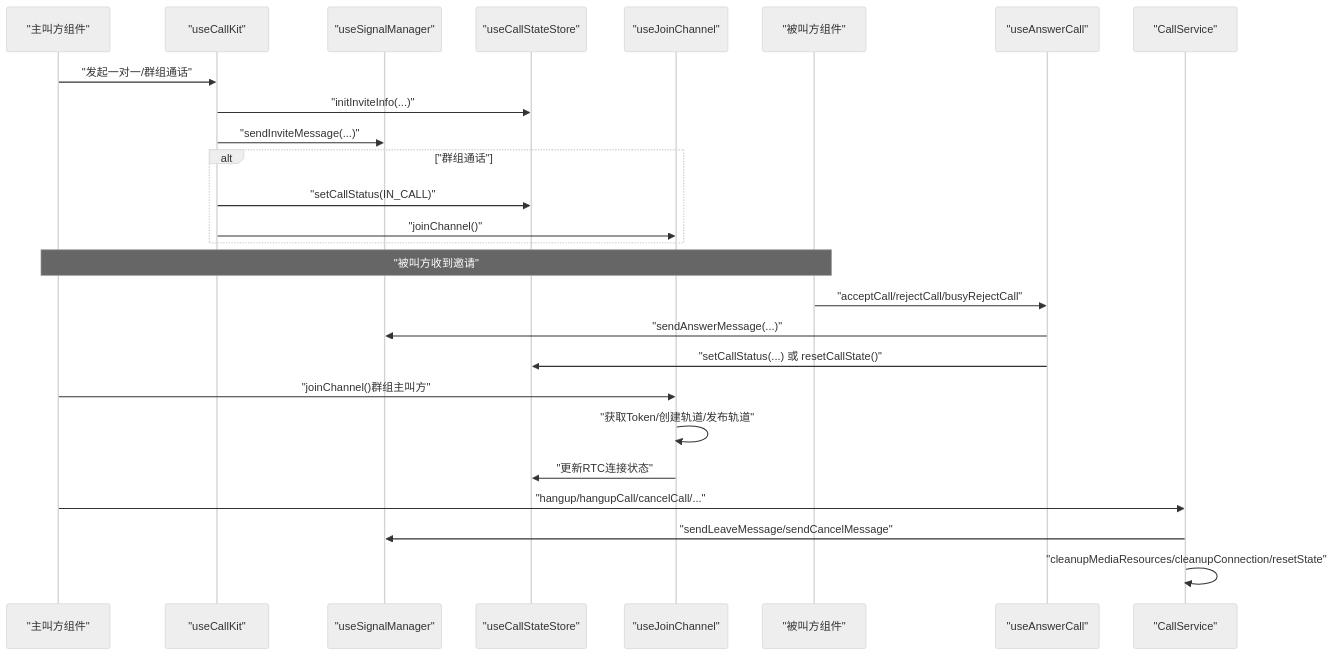
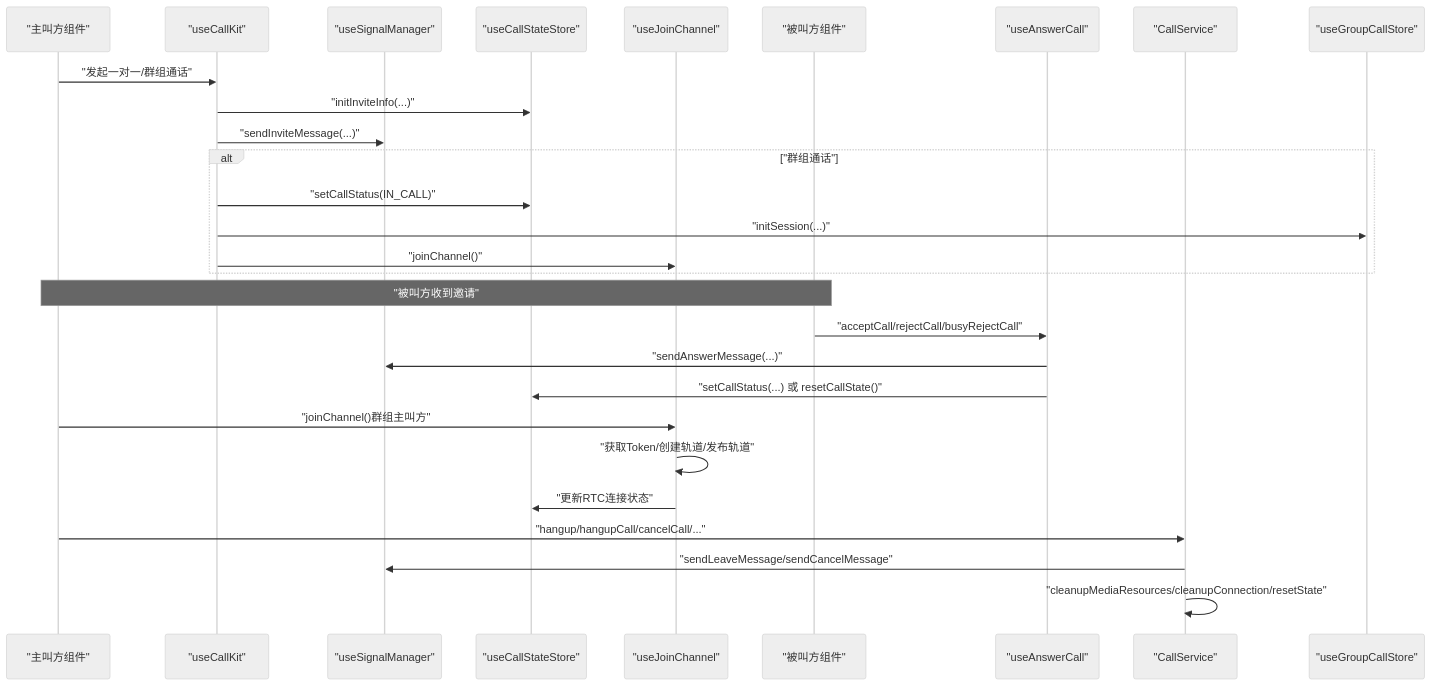
One commit to Easemob-Community/easemob-uikit-callkit-vue3 changed the second of 7 diagrams in .qoder/repowiki/zh/content/API 参考/组合式 API/通话控制 API.md. Above: the diagram before and after it, drawn with Mermaid (neutral theme). The commit also changed other lines of this file and 40 other files, not shown here.

````diff
--- a/.qoder/repowiki/zh/content/API 参考/组合式 API/通话控制 API.md
+++ b/.qoder/repowiki/zh/content/API 参考/组合式 API/通话控制 API.md
@@ -190,28 +202,30 @@
 ```mermaid
 sequenceDiagram
 participant Caller as "主叫方组件"
 participant CK as "useCallKit"
 participant SM as "useSignalManager"
 participant CST as "useCallStateStore"
 participant JC as "useJoinChannel"
 participant Callee as "被叫方组件"
 participant AC as "useAnswerCall"
 participant SVC as "CallService"
+participant GCS as "useGroupCallStore"
 Caller->>CK : "发起一对一/群组通话"
 CK->>CST : "initInviteInfo(...)"
 CK->>SM : "sendInviteMessage(...)"
 alt "群组通话"
 CK->>CST : "setCallStatus(IN_CALL)"
+CK->>GCS : "initSession(...)"
 CK->>JC : "joinChannel()"
 end
 Note over Caller,Callee : "被叫方收到邀请"
 Callee->>AC : "acceptCall/rejectCall/busyRejectCall"
 AC->>SM : "sendAnswerMessage(...)"
 AC->>CST : "setCallStatus(...) 或 resetCallState()"
 Caller->>JC : "joinChannel()群组主叫方"
 JC->>JC : "获取Token/创建轨道/发布轨道"
 JC->>CST : "更新RTC连接状态"
 Caller->>SVC : "hangup/hangupCall/cancelCall/..."
 SVC->>SM : "sendLeaveMessage/sendCancelMessage"
 SVC->>SVC : "cleanupMediaResources/cleanupConnection/resetState"
 ```
````
